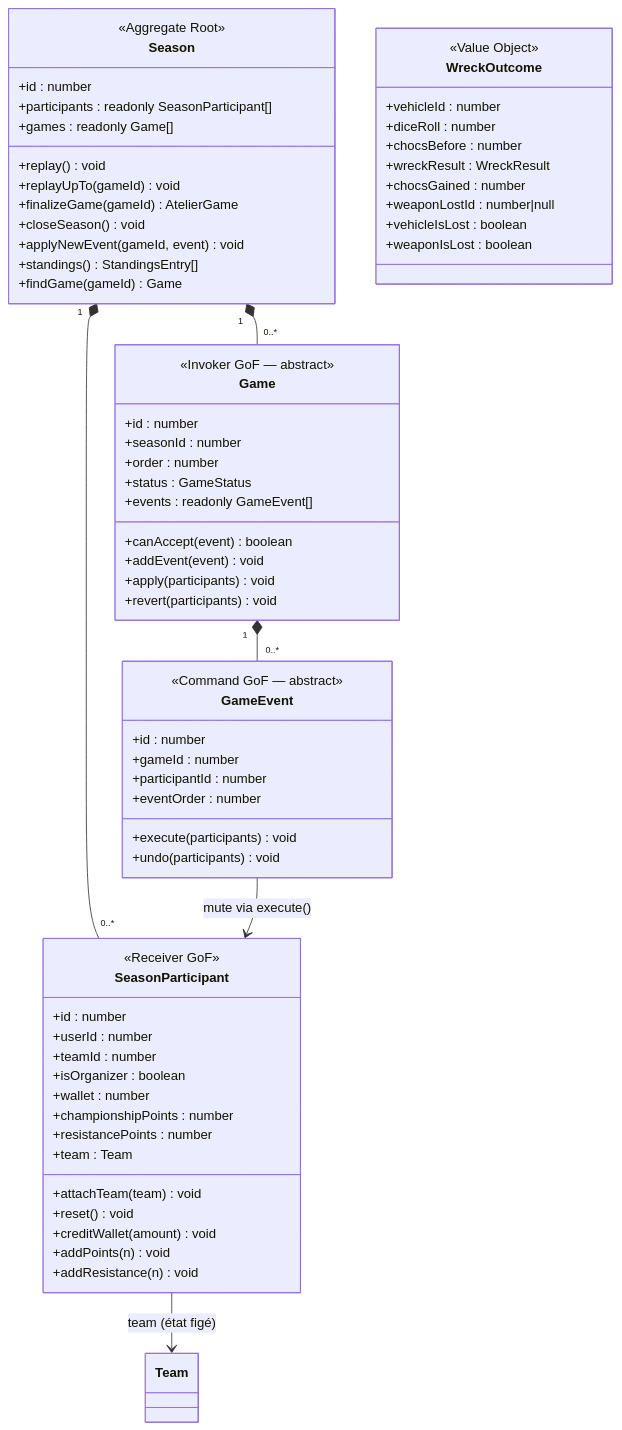
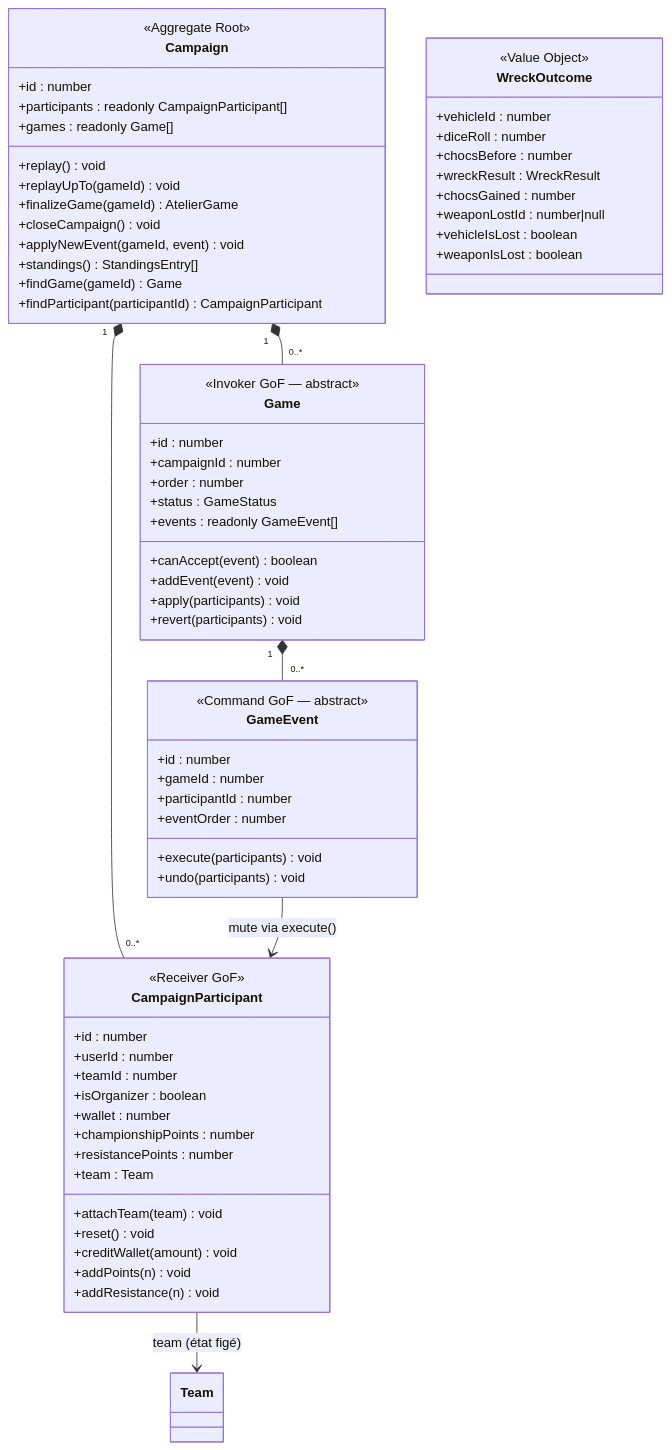
Before and after one commit to arnaudbracchetti/gaslands-manager: the fourth of 4 diagrams in docs/DOMAIN_MODEL.md, drawn with Mermaid. The commit also changed other lines of this file and 6 other files, not shown here.

First line of the commit message:
docs: aligne la documentation sur le renommage Season → Campaign

````diff
--- a/docs/DOMAIN_MODEL.md
+++ b/docs/DOMAIN_MODEL.md
@@ -395,76 +399,77 @@
 ```mermaid
 classDiagram
     direction TB
 
-    class Season {
+    class Campaign {
         <<Aggregate Root>>
         +id : number
-        +participants : readonly SeasonParticipant[]
+        +participants : readonly CampaignParticipant[]
         +games : readonly Game[]
         +replay() void
         +replayUpTo(gameId) void
         +finalizeGame(gameId) AtelierGame
-        +closeSeason() void
+        +closeCampaign() void
         +applyNewEvent(gameId, event) void
         +standings() StandingsEntry[]
         +findGame(gameId) Game
+        +findParticipant(participantId) CampaignParticipant
     }
 
-    class SeasonParticipant {
+    class CampaignParticipant {
         <<Receiver GoF>>
         +id : number
         +userId : number
         +teamId : number
         +isOrganizer : boolean
         +wallet : number
         +championshipPoints : number
         +resistancePoints : number
         +team : Team
         +attachTeam(team) void
         +reset() void
         +creditWallet(amount) void
         +addPoints(n) void
         +addResistance(n) void
     }
 
     class Game {
         <<Invoker GoF — abstract>>
         +id : number
-        +seasonId : number
+        +campaignId : number
         +order : number
         +status : GameStatus
         +events : readonly GameEvent[]
         +canAccept(event) boolean
         +addEvent(event) void
         +apply(participants) void
         +revert(participants) void
     }
 
     class GameEvent {
         <<Command GoF — abstract>>
         +id : number
         +gameId : number
         +participantId : number
         +eventOrder : number
         +execute(participants) void
         +undo(participants) void
     }
 
     class WreckOutcome {
         <<Value Object>>
         +vehicleId : number
         +diceRoll : number
         +chocsBefore : number
         +wreckResult : WreckResult
         +chocsGained : number
         +weaponLostId : number|null
         +vehicleIsLost : boolean
         +weaponIsLost : boolean
     }
 
-    Season "1" *-- "0..*" SeasonParticipant
-    Season "1" *-- "0..*" Game
+    Campaign "1" *-- "0..*" CampaignParticipant
+    Campaign "1" *-- "0..*" Game
     Game "1" *-- "0..*" GameEvent
-    GameEvent --> SeasonParticipant : mute via execute()
-    SeasonParticipant --> Team : team (état figé)
+    GameEvent --> CampaignParticipant : mute via execute()
+    CampaignParticipant --> Team : team (état figé)
 ```
````
